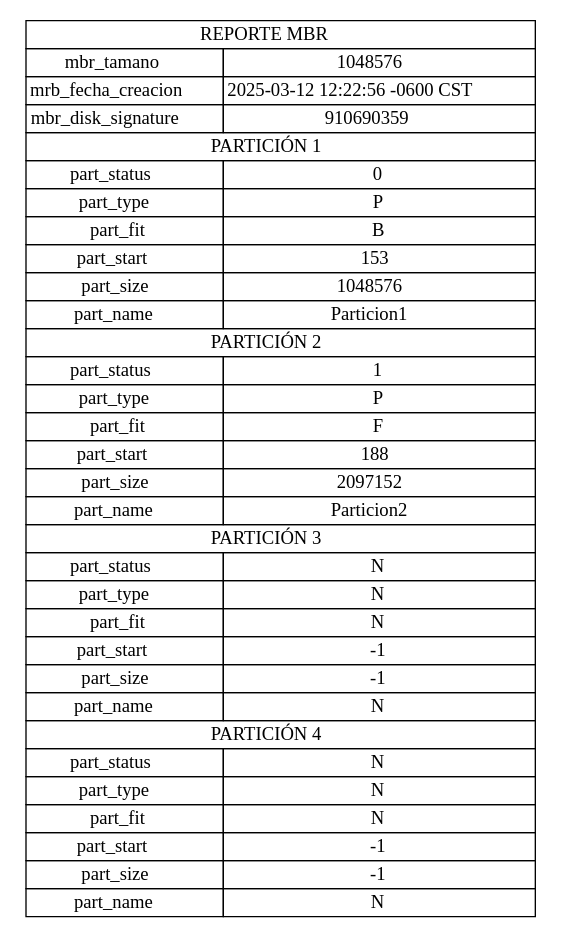
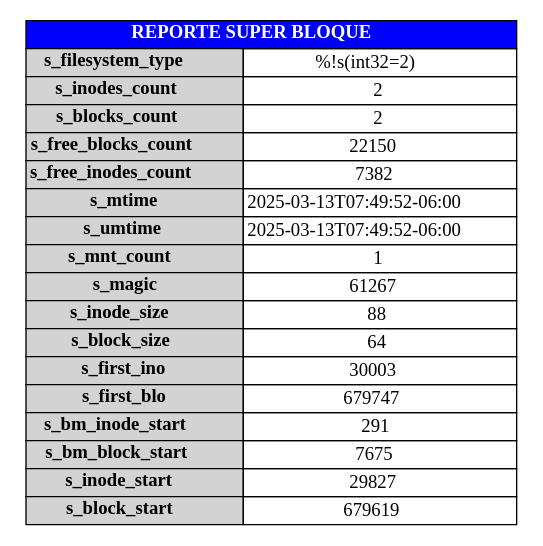
Before and after one commit to AbdielOtzoy/MIA_1S2025_P1_202300350: the diagram in backend/output/report_mbr.dot, drawn with Graphviz. The commit also changed 13 other files, not shown here.

```diff
--- a/backend/output/report_mbr.dot
+++ b/backend/output/report_mbr.dot
@@ -1,41 +1,23 @@
 digraph G {
-        node [shape=plaintext]
-        tabla [label=<
-            <table border="0" cellborder="1" cellspacing="0">
-                <tr><td colspan="2"> REPORTE MBR </td></tr>
-                <tr><td>mbr_tamano</td><td>1048576</td></tr>
-                <tr><td>mrb_fecha_creacion</td><td>2025-03-12 12:22:56 -0600 CST</td></tr>
-                <tr><td>mbr_disk_signature</td><td>910690359</td></tr>
-            
-				<tr><td colspan="2"> PARTICIÓN 1 </td></tr>
-				<tr><td>part_status</td><td>0</td></tr>
-				<tr><td>part_type</td><td>P</td></tr>
-				<tr><td>part_fit</td><td>B</td></tr>
-				<tr><td>part_start</td><td>153</td></tr>
-				<tr><td>part_size</td><td>1048576</td></tr>
-				<tr><td>part_name</td><td>Particion1</td></tr>
-			
-				<tr><td colspan="2"> PARTICIÓN 2 </td></tr>
-				<tr><td>part_status</td><td>1</td></tr>
-				<tr><td>part_type</td><td>P</td></tr>
-				<tr><td>part_fit</td><td>F</td></tr>
-				<tr><td>part_start</td><td>188</td></tr>
-				<tr><td>part_size</td><td>2097152</td></tr>
-				<tr><td>part_name</td><td>Particion2</td></tr>
-			
-				<tr><td colspan="2"> PARTICIÓN 3 </td></tr>
-				<tr><td>part_status</td><td>N</td></tr>
-				<tr><td>part_type</td><td>N</td></tr>
-				<tr><td>part_fit</td><td>N</td></tr>
-				<tr><td>part_start</td><td>-1</td></tr>
-				<tr><td>part_size</td><td>-1</td></tr>
-				<tr><td>part_name</td><td>N</td></tr>
-			
-				<tr><td colspan="2"> PARTICIÓN 4 </td></tr>
-				<tr><td>part_status</td><td>N</td></tr>
-				<tr><td>part_type</td><td>N</td></tr>
-				<tr><td>part_fit</td><td>N</td></tr>
-				<tr><td>part_start</td><td>-1</td></tr>
-				<tr><td>part_size</td><td>-1</td></tr>
-				<tr><td>part_name</td><td>N</td></tr>
+		node [shape=plaintext]
+		tabla [label=<
+			<table border="0" cellborder="1" cellspacing="0">
+				<tr><td colspan="2" bgcolor="blue"><font color="white"><b>REPORTE SUPER BLOQUE</b></font></td></tr>
+				<tr><td bgcolor="lightgray"><b>s_filesystem_type</b></td><td>%!s(int32=2)</td></tr>
+				<tr><td bgcolor="lightgray"><b>s_inodes_count</b></td><td>2</td></tr>
+				<tr><td bgcolor="lightgray"><b>s_blocks_count</b></td><td>2</td></tr>
+				<tr><td bgcolor="lightgray"><b>s_free_blocks_count</b></td><td>22150</td></tr>
+				<tr><td bgcolor="lightgray"><b>s_free_inodes_count</b></td><td>7382</td></tr>
+				<tr><td bgcolor="lightgray"><b>s_mtime</b></td><td>2025-03-13T07:49:52-06:00</td></tr>
+				<tr><td bgcolor="lightgray"><b>s_umtime</b></td><td>2025-03-13T07:49:52-06:00</td></tr>
+				<tr><td bgcolor="lightgray"><b>s_mnt_count</b></td><td>1</td></tr>
+				<tr><td bgcolor="lightgray"><b>s_magic</b></td><td>61267</td></tr>
+				<tr><td bgcolor="lightgray"><b>s_inode_size</b></td><td>88</td></tr>
+				<tr><td bgcolor="lightgray"><b>s_block_size</b></td><td>64</td></tr>
+				<tr><td bgcolor="lightgray"><b>s_first_ino</b></td><td>30003</td></tr>
+				<tr><td bgcolor="lightgray"><b>s_first_blo</b></td><td>679747</td></tr>
+				<tr><td bgcolor="lightgray"><b>s_bm_inode_start</b></td><td>291</td></tr>
+				<tr><td bgcolor="lightgray"><b>s_bm_block_start</b></td><td>7675</td></tr>
+				<tr><td bgcolor="lightgray"><b>s_inode_start</b></td><td>29827</td></tr>
+				<tr><td bgcolor="lightgray"><b>s_block_start</b></td><td>679619</td></tr>
 			</table>>] }
```
